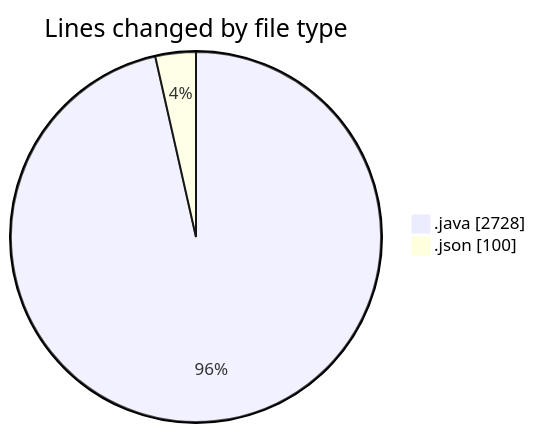
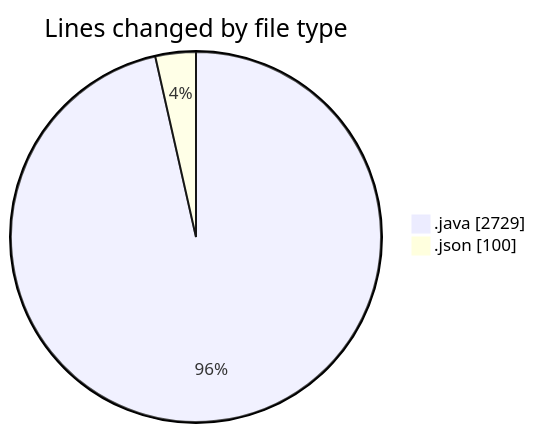
Before and after one commit to ricardozamudiocil/code-tracking: the first of 2 diagrams in 2026-05-12/cilapp/README.md, drawn with Mermaid. The commit also changed other lines of this file and 1 other file, not shown here.

````diff
--- a/2026-05-12/cilapp/README.md
+++ b/2026-05-12/cilapp/README.md
@@ -28,6 +28,6 @@
 ```mermaid
 pie showData
 title Lines changed by file type
-".java" : 2728
+".java" : 2729
 ".json" : 100
 ```
````
